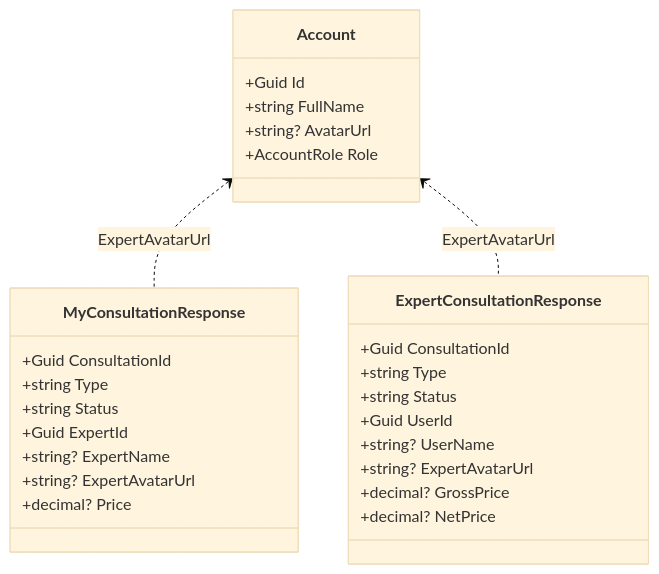
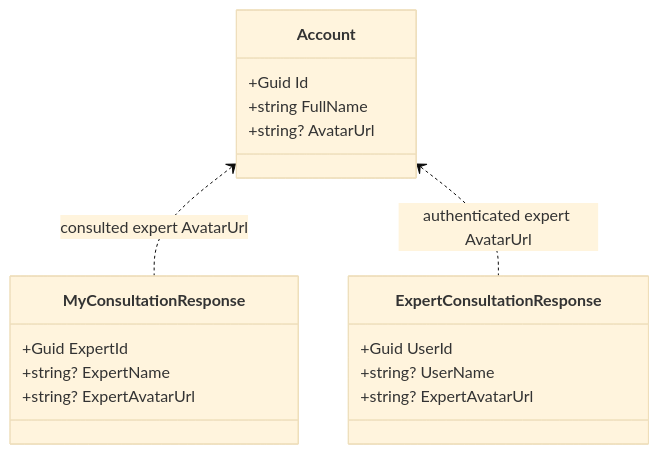
The first of 5 diagrams in Docs/05-Backend/02-layers/expert-avatar/expert-avatar.sourcecode.md (Snake-AID/SnakeAid.Docs), drawn with Mermaid (base theme) before and after one commit. The commit also changed other lines of this file and 4 other files, not shown here.

First line of the commit message:
docs(backend): amend expert-avatar response contract

````diff
--- a/Docs/05-Backend/02-layers/expert-avatar/expert-avatar.sourcecode.md
+++ b/Docs/05-Backend/02-layers/expert-avatar/expert-avatar.sourcecode.md
@@ -16,33 +16,23 @@
 ```mermaid
 classDiagram
 class Account {
   +Guid Id
   +string FullName
   +string? AvatarUrl
-  +AccountRole Role
 }
 
 class MyConsultationResponse {
-  +Guid ConsultationId
-  +string Type
-  +string Status
   +Guid ExpertId
   +string? ExpertName
   +string? ExpertAvatarUrl
-  +decimal? Price
 }
 
 class ExpertConsultationResponse {
-  +Guid ConsultationId
-  +string Type
-  +string Status
   +Guid UserId
   +string? UserName
   +string? ExpertAvatarUrl
-  +decimal? GrossPrice
-  +decimal? NetPrice
 }
 
-Account <.. MyConsultationResponse : ExpertAvatarUrl
-Account <.. ExpertConsultationResponse : ExpertAvatarUrl
+Account <.. MyConsultationResponse : consulted expert AvatarUrl
+Account <.. ExpertConsultationResponse : authenticated expert AvatarUrl
 ```
````
